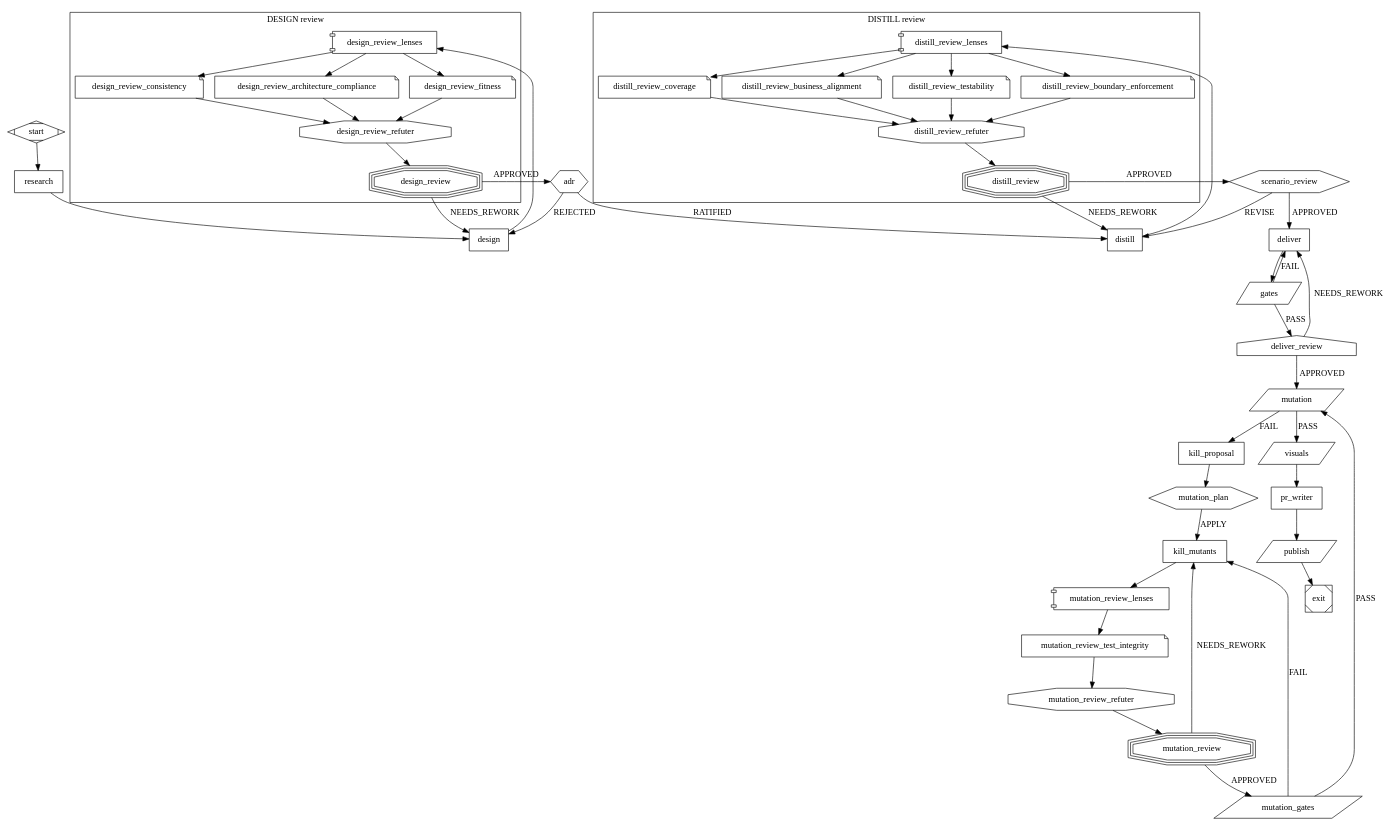
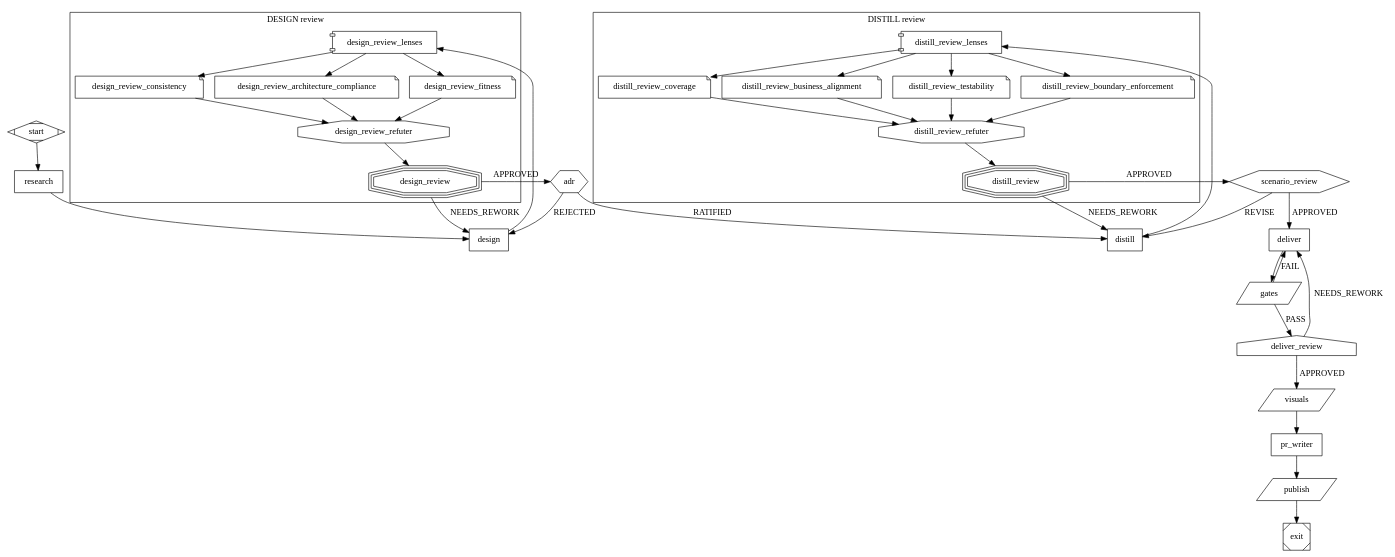
Before and after one commit to SebastienDegodez/skraft-plugin: the diagram in plugins/skraft-framework/workflows/pipeline.skraft.dot, drawn with Graphviz. The commit also changed 50 other files, not shown here.

First line of the commit message:
feat(engine): the plugin's pipeline no longer runs mutation

```diff
--- a/plugins/skraft-framework/workflows/pipeline.skraft.dot
+++ b/plugins/skraft-framework/workflows/pipeline.skraft.dot
@@ -1,102 +1,79 @@
 // The skraft pipeline. Copy it into .skraft/pipeline.skraft.dot with `skraft workflow eject`, then add
 // agents, lenses, gates or questions; `skraft workflow check` validates it, `skraft workflow diff`
 // compares it with this one. A node marked locked=true can only be dropped with unlock="<reason>"; a node marked
 // mandatory=true can never be dropped, bypassed or weakened, whatever the copy says.
 // A review fans out (shape=component) to one lens node per branch (shape=note, lens="<name>", run as the agent `<name>-lens`) joins its branches in the refuter (shape=octagon, finding-refuter, which checks each finding, of any severity) and closes in a fan-in (shape=tripleoctagon) that computes the verdict and carries the APPROVED and NEEDS_REWORK edges. A lens with when="mock" or when="contract" runs only when the changes touch mocks or contracts; one without when always runs. skraft-config.json's `assign` chooses each agent's model family, `models` what a family runs on per host; model= on an agent, a lens or a fan-in (for its lenses that name none) and refuter= on a fan-in name a family too, under `assign.agents`.
 // The DESIGN and DISTILL reviews sit in subgraph clusters, which only group them in a drawing.
 // A house calls another workflow by its base name (workflow="<name>": .skraft/<name>.skraft.dot, else the plugin's) and leaves
 // by the verdict it returns: deliver_review runs review, the review a pull request gets too. The called workflow declares its inputs
 // (input_<name>="required" or "optional"); the call binds each one by name to what the run holds (base, head, story,
 // documents, components), with_<name>="<value>" binding it to another. A called workflow calls no other.
-// A hexagon asks a human: the run waits until `skraft decide` answers. mutation-plan takes APPLY, an instruction of the developer's own, or STOP, which ends the run.
+// A hexagon asks a human: the run waits until `skraft decide` answers.
 // A parallelogram with publish="pull-request" pushes the branch and opens or updates its pull request, on the consent publish.pullRequest of skraft-config.json; a run starts only once /skraft-init has settled it.
 // A parallelogram with publish="playwright-visuals" runs each front end's e2e command and commits the screenshots its manifest lists, on the consent publish.visuals; when="frontend" skips it without a front end, and such a node then needs no consent.
-// each="survivor-file" runs an agent once per file holding mutants the mutation gate left alive, when the gate's FAIL edge leads to it; reached by another edge, it runs once, with what that edge brings.
 // each="scenario" goes on two agent nodes: the first writes the story's scenarios and its failing walking skeleton, then, on its own pass, the failing acceptance test of the first scenario;
 // the second makes it pass with one green commit, the walking skeleton passing too; then the engine runs them again for each next scenario, one failing test commit, one green commit, without edges and without the review.
 // scenario-review asks a human, once, to read the scenarios, the walking skeleton and the acceptance test of the first scenario before DELIVER builds them: APPROVED goes on, REVISE sends DISTILL back with the corrections.
-// proposal=true on such an agent has it write a proposal per file, in a file the engine creates, and change no code.
-// Mutation runs last, on the code the DELIVER review approved; its survivors go to a proposal, the developer chooses (mutation_plan), then kill_mutants applies the choice.
-// mutation_gates runs the gates of gates again after kill_mutants: a gate node that runs every gate of a locked one stands in for it.
+// The pipeline runs no mutation: mutation testing is the developer's, run apart from the story's pipeline.
 digraph skraft {
   graph [version="2", goal="Deliver the story"]
 
   start    [shape=Mdiamond]
   research [shape=box, agent="solution-researcher", phase="RESEARCH"]
   design   [shape=box, agent="solution-architect", phase="DESIGN"]
   subgraph cluster_design_review {
     label="DESIGN review"
     design_review_lenses [shape=component]
     design_review_consistency [shape=note, lens="consistency"]
     design_review_architecture_compliance [shape=note, lens="architecture-compliance"]
     design_review_fitness [shape=note, lens="fitness"]
     design_review_refuter [shape=octagon, mandatory=true]
     design_review [shape=tripleoctagon, mandatory=true]
   }
   adr      [shape=hexagon, question="adr-ratification"]
   distill  [shape=box, agent="acceptance-designer", phase="DISTILL", each="scenario"]
   subgraph cluster_distill_review {
     label="DISTILL review"
     distill_review_lenses [shape=component]
     distill_review_coverage [shape=note, lens="coverage"]
     distill_review_business_alignment [shape=note, lens="business-alignment"]
     distill_review_testability [shape=note, lens="testability"]
     distill_review_boundary_enforcement [shape=note, lens="boundary-enforcement"]
     distill_review_refuter [shape=octagon, mandatory=true]
     distill_review [shape=tripleoctagon, mandatory=true]
   }
   scenario_review [shape=hexagon, question="scenario-review"]
   deliver  [shape=box, agent="software-engineer", phase="DELIVER", each="scenario"]
   gates    [shape=parallelogram, gate="build,format,lint,test,architecture,coverage", goal_gate=true, locked=true, phase="DELIVER"]
   deliver_review [shape=house, workflow="review", mandatory=true]
-  mutation [shape=parallelogram, gate="mutation", goal_gate=true, locked=true]
-  kill_proposal [shape=box, agent="software-engineer", each="survivor-file", proposal=true]
-  mutation_plan [shape=hexagon, question="mutation-plan"]
-  kill_mutants [shape=box, agent="software-engineer", each="survivor-file"]
-  mutation_review_lenses [shape=component]
-  mutation_review_test_integrity [shape=note, lens="test-integrity"]
-  mutation_review_refuter [shape=octagon, mandatory=true]
-  mutation_review [shape=tripleoctagon, mandatory=true]
-  mutation_gates [shape=parallelogram, gate="build,format,lint,test,architecture,coverage", goal_gate=true]
   visuals  [shape=parallelogram, publish="playwright-visuals", when="frontend"]
   pr_writer [shape=box, agent="pr-writer", phase="PUBLISH"]
   publish  [shape=parallelogram, publish="pull-request"]
   exit     [shape=Msquare]
 
   start -> research -> design -> design_review_lenses
   design_review_lenses -> design_review_consistency -> design_review_refuter
   design_review_lenses -> design_review_architecture_compliance -> design_review_refuter
   design_review_lenses -> design_review_fitness -> design_review_refuter
   design_review_refuter -> design_review
   design_review -> design  [label="NEEDS_REWORK", max_visits=2]
   design_review -> adr     [label="APPROVED"]
   adr -> distill   [label="RATIFIED"]
   adr -> design    [label="REJECTED", max_visits=1]
   distill -> distill_review_lenses
   distill_review_lenses -> distill_review_coverage -> distill_review_refuter
   distill_review_lenses -> distill_review_business_alignment -> distill_review_refuter
   distill_review_lenses -> distill_review_testability -> distill_review_refuter
   distill_review_lenses -> distill_review_boundary_enforcement -> distill_review_refuter
   distill_review_refuter -> distill_review
   distill_review -> distill [label="NEEDS_REWORK", max_visits=2]
   distill_review -> scenario_review [label="APPROVED"]
   scenario_review -> deliver [label="APPROVED"]
   scenario_review -> distill [label="REVISE", max_visits=2]
   deliver -> gates
   gates -> deliver [label="FAIL", max_visits=3]
   gates -> deliver_review [label="PASS"]
   deliver_review -> deliver [label="NEEDS_REWORK", max_visits=2]
-  deliver_review -> mutation [label="APPROVED"]
-  mutation -> visuals [label="PASS"]
-  mutation -> kill_proposal [label="FAIL", max_visits=5]
-  kill_proposal -> mutation_plan
-  mutation_plan -> kill_mutants [label="APPLY"]
-  kill_mutants -> mutation_review_lenses
-  mutation_review_lenses -> mutation_review_test_integrity -> mutation_review_refuter
-  mutation_review_refuter -> mutation_review
-  mutation_review -> kill_mutants [label="NEEDS_REWORK", max_visits=2]
-  mutation_review -> mutation_gates [label="APPROVED"]
-  mutation_gates -> kill_mutants [label="FAIL", max_visits=3]
-  mutation_gates -> mutation [label="PASS"]
+  deliver_review -> visuals [label="APPROVED"]
   visuals -> pr_writer -> publish -> exit
 }
```
